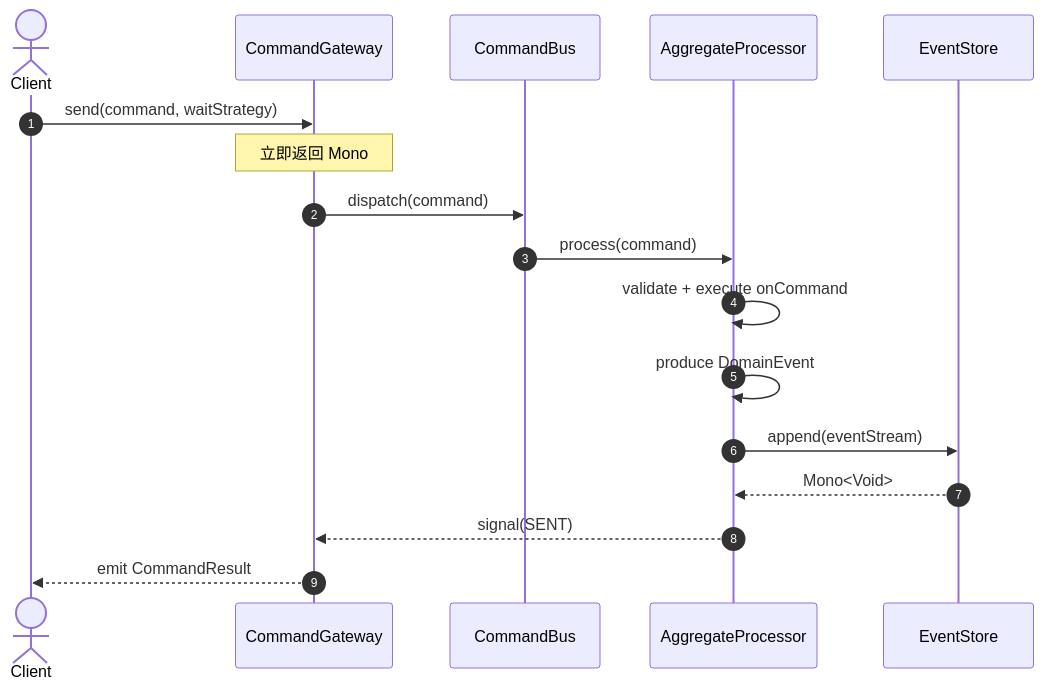
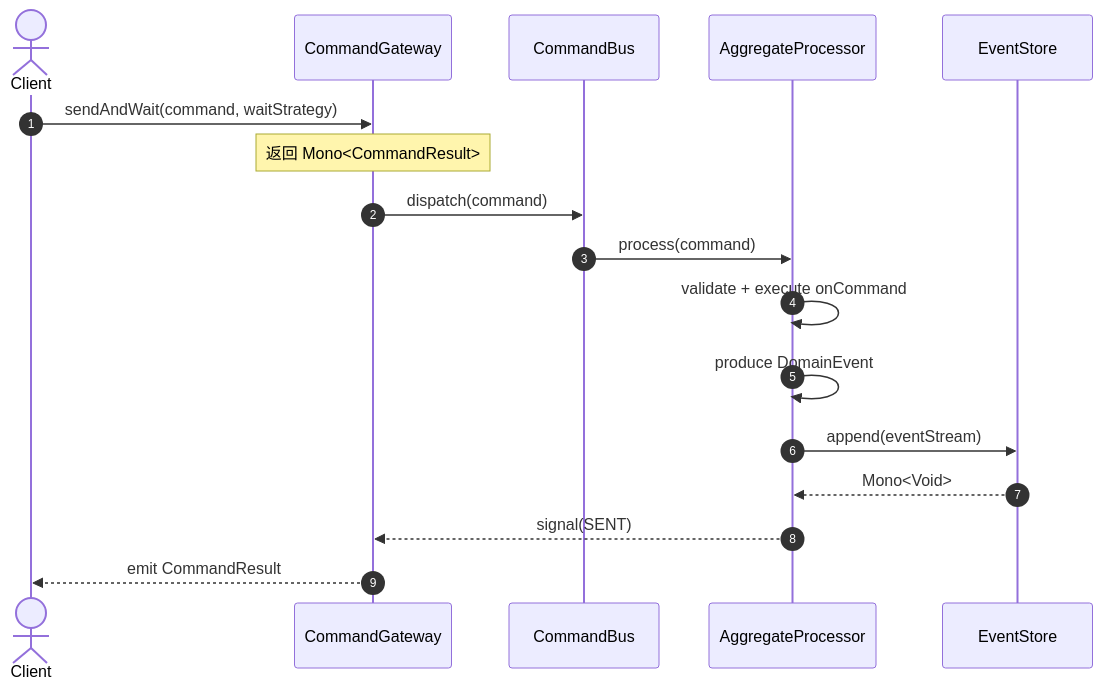
Before and after one commit to Ahoo-Wang/Wow: the second of 9 diagrams in documentation/docs/zh/onboarding/contributor-guide.md, drawn with Mermaid. The commit also changed other lines of this file and 17 other files, not shown here.

First line of the commit message:
refactor(core): hide wait-strategy send API

````diff
--- a/documentation/docs/zh/onboarding/contributor-guide.md
+++ b/documentation/docs/zh/onboarding/contributor-guide.md
@@ -95,20 +95,20 @@
 ```mermaid
 sequenceDiagram
     autonumber
     actor Client
     participant GW as CommandGateway
     participant CB as CommandBus
     participant AP as AggregateProcessor
     participant ES as EventStore
 
-    Client->>GW: send(command, waitStrategy)
-    Note over GW: 立即返回 Mono
+    Client->>GW: sendAndWait(command, waitStrategy)
+    Note over GW: 返回 Mono<CommandResult>
     GW->>CB: dispatch(command)
     CB->>AP: process(command)
     AP->>AP: validate + execute onCommand
     AP->>AP: produce DomainEvent
     AP->>ES: append(eventStream)
     ES-->>AP: Mono<Void>
     AP-->>GW: signal(SENT)
     GW-->>Client: emit CommandResult
 ```
````
